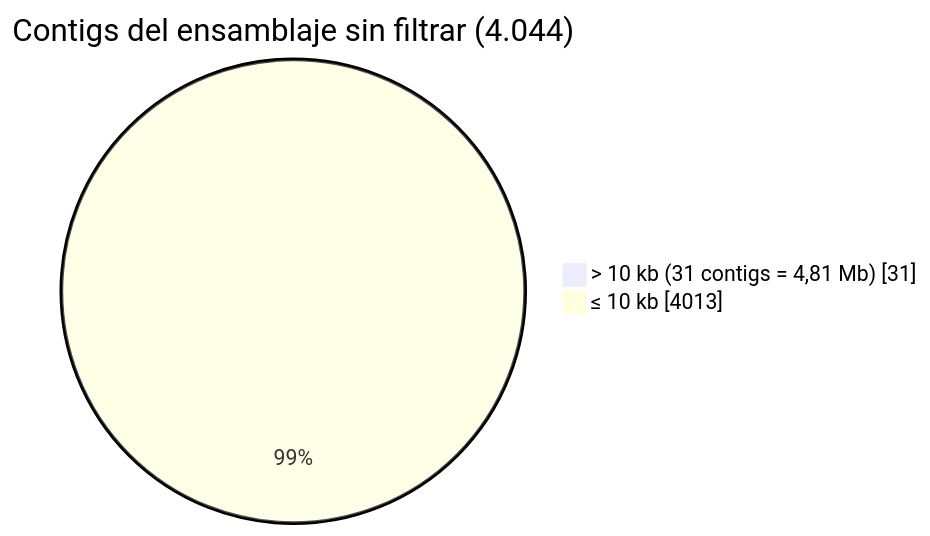
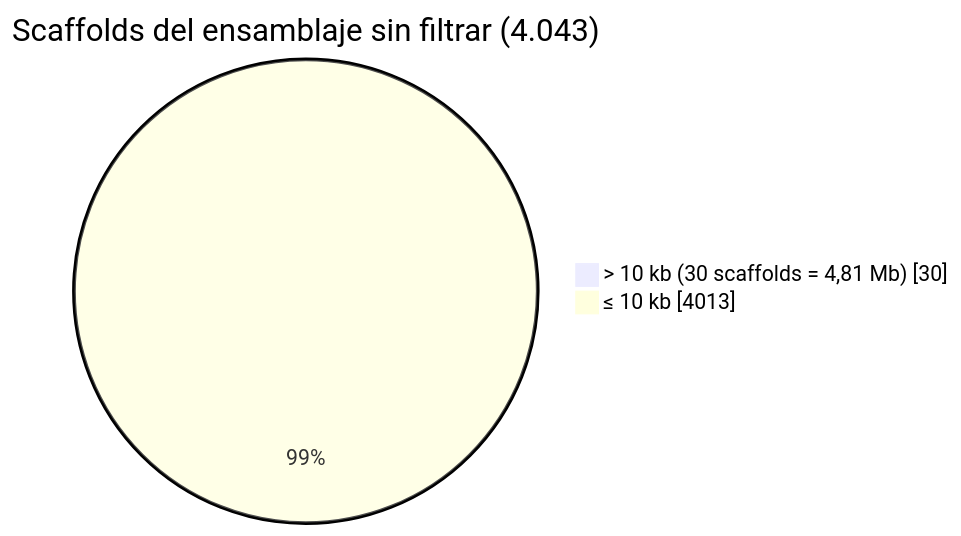
The fifth of 9 diagrams in README.md (AndoniM12/ngs-pipelines), drawn with Mermaid before and after one commit. The commit also changed other lines of this file, not shown here.

Commit message:
Actualizar resultados del genoma bacteriano con la ejecución -m 500 -t 8

````diff
--- a/README.md
+++ b/README.md
@@ -325,6 +325,6 @@
 ```mermaid
 pie showData
-    title Contigs del ensamblaje sin filtrar (4.044)
-    "> 10 kb (31 contigs = 4,81 Mb)" : 31
+    title Scaffolds del ensamblaje sin filtrar (4.043)
+    "> 10 kb (30 scaffolds = 4,81 Mb)" : 30
     "≤ 10 kb" : 4013
 ```
````
